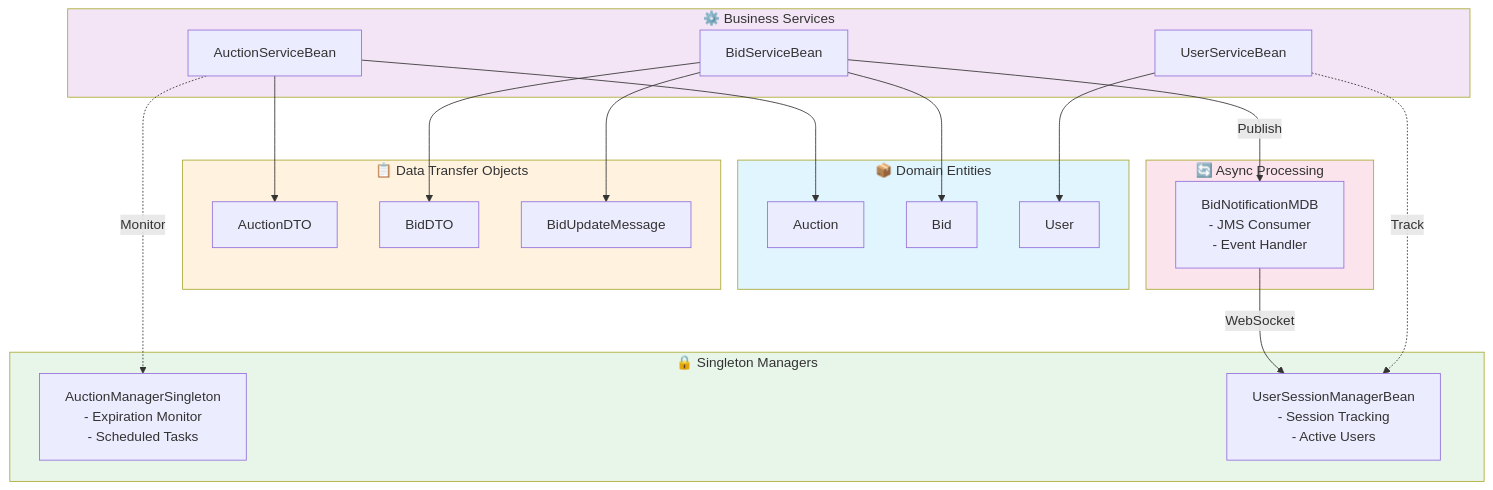
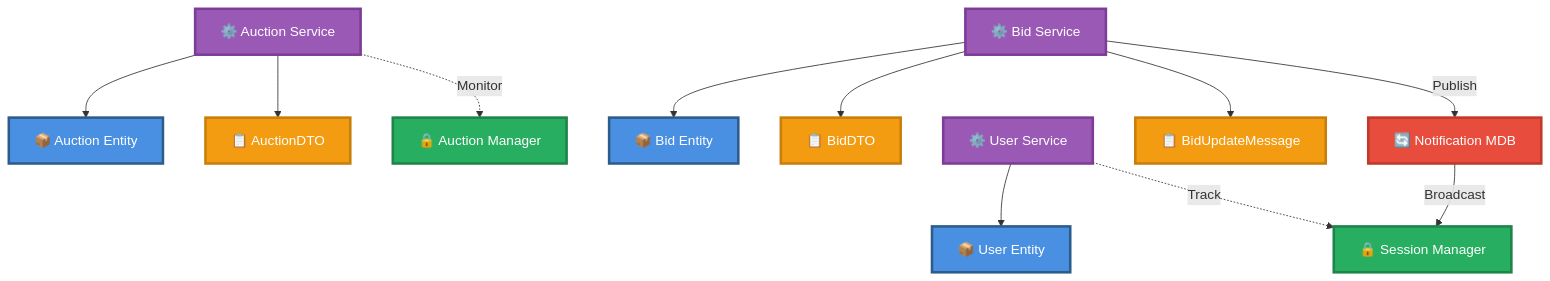
One commit to isharax9/AuctionSystem changed the fourth of 4 diagrams in README.md. Above: the diagram before and after it, drawn with Mermaid. The commit also changed other lines of this file, not shown here.

Commit message:
refactor: simplify mermaid diagrams and enhance readability in README.md

````diff
--- a/README.md
+++ b/README.md
@@ -223,49 +218,45 @@
 ```mermaid
-graph TD
-    subgraph Entities["📦 Domain Entities"]
-        E1[Auction]
-        E2[Bid]
-        E3[User]
-    end
+graph TB
+    E1[📦 Auction Entity]
+    E2[📦 Bid Entity]
+    E3[📦 User Entity]
     
-    subgraph DTOs["📋 Data Transfer Objects"]
-        D1[AuctionDTO]
-        D2[BidDTO]
-        D3[BidUpdateMessage]
-    end
+    D1[📋 AuctionDTO]
+    D2[📋 BidDTO]
+    D3[📋 BidUpdateMessage]
     
-    subgraph Services["⚙️ Business Services"]
-        S1[AuctionServiceBean]
-        S2[BidServiceBean]
-        S3[UserServiceBean]
-    end
+    S1[⚙️ Auction Service]
+    S2[⚙️ Bid Service]
+    S3[⚙️ User Service]
     
-    subgraph Singletons["🔒 Singleton Managers"]
-        SG1[AuctionManagerSingleton<br/>- Expiration Monitor<br/>- Scheduled Tasks]
-        SG2[UserSessionManagerBean<br/>- Session Tracking<br/>- Active Users]
-    end
+    SG1[🔒 Auction Manager]
+    SG2[🔒 Session Manager]
     
-    subgraph Async["🔄 Async Processing"]
-        A1[BidNotificationMDB<br/>- JMS Consumer<br/>- Event Handler]
-    end
+    A1[🔄 Notification MDB]
     
     S1 --> E1
     S2 --> E2
     S3 --> E3
     
     S1 --> D1
     S2 --> D2
     S2 --> D3
     
     S1 -.->|Monitor| SG1
     S2 -->|Publish| A1
     S3 -.->|Track| SG2
     
-    A1 -->|WebSocket| SG2
+    A1 -->|Broadcast| SG2
     
-    style Entities fill:#e1f5ff
-    style DTOs fill:#fff3e0
-    style Services fill:#f3e5f5
-    style Singletons fill:#e8f5e9
-    style Async fill:#fce4ec
+    classDef entityStyle fill:#4A90E2,stroke:#2E5C8A,stroke-width:3px,color:#fff
+    classDef dtoStyle fill:#F39C12,stroke:#C87F0A,stroke-width:3px,color:#fff
+    classDef serviceStyle fill:#9B59B6,stroke:#7D3C98,stroke-width:3px,color:#fff
+    classDef singletonStyle fill:#27AE60,stroke:#1E8449,stroke-width:3px,color:#fff
+    classDef asyncStyle fill:#E74C3C,stroke:#C0392B,stroke-width:3px,color:#fff
+    
+    class E1,E2,E3 entityStyle
+    class D1,D2,D3 dtoStyle
+    class S1,S2,S3 serviceStyle
+    class SG1,SG2 singletonStyle
+    class A1 asyncStyle
 ```
````
